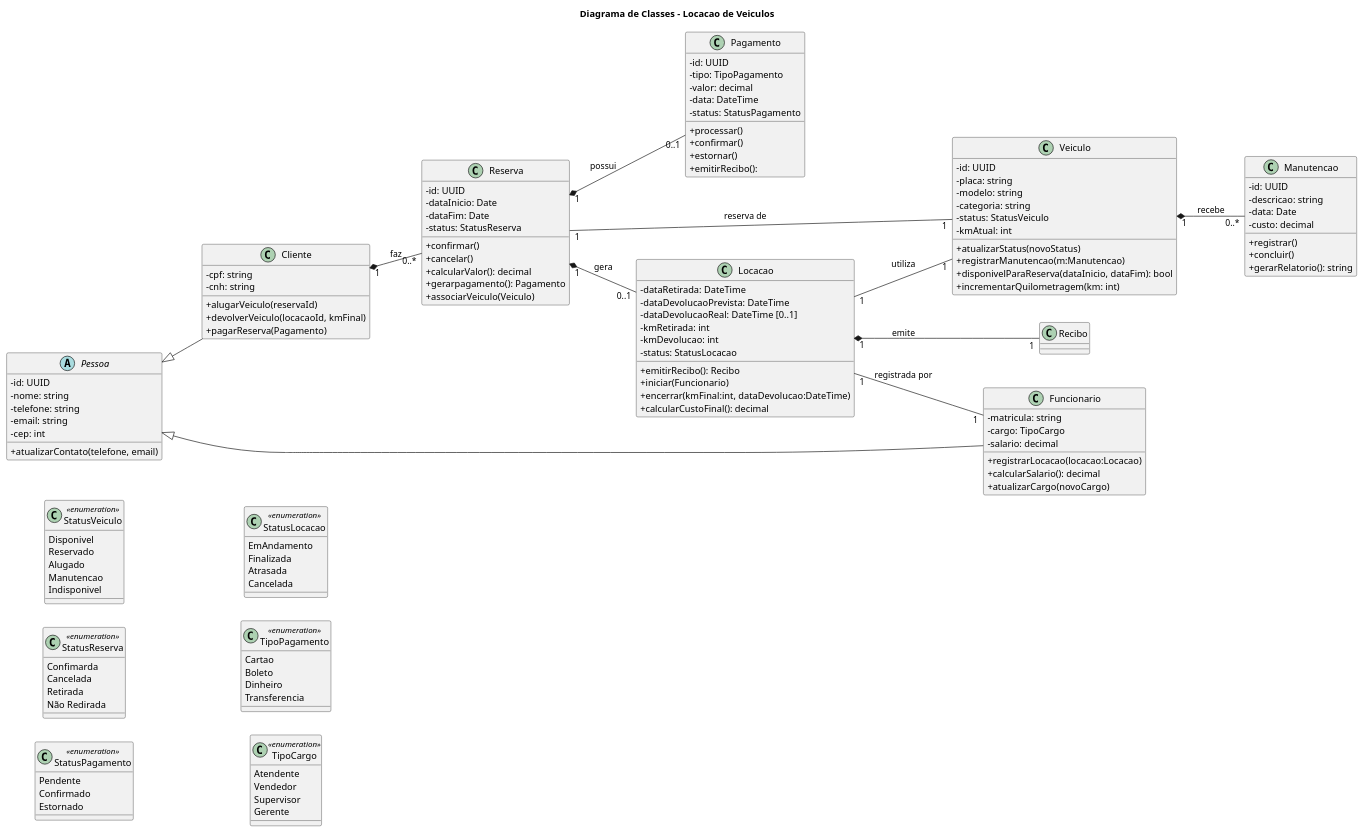
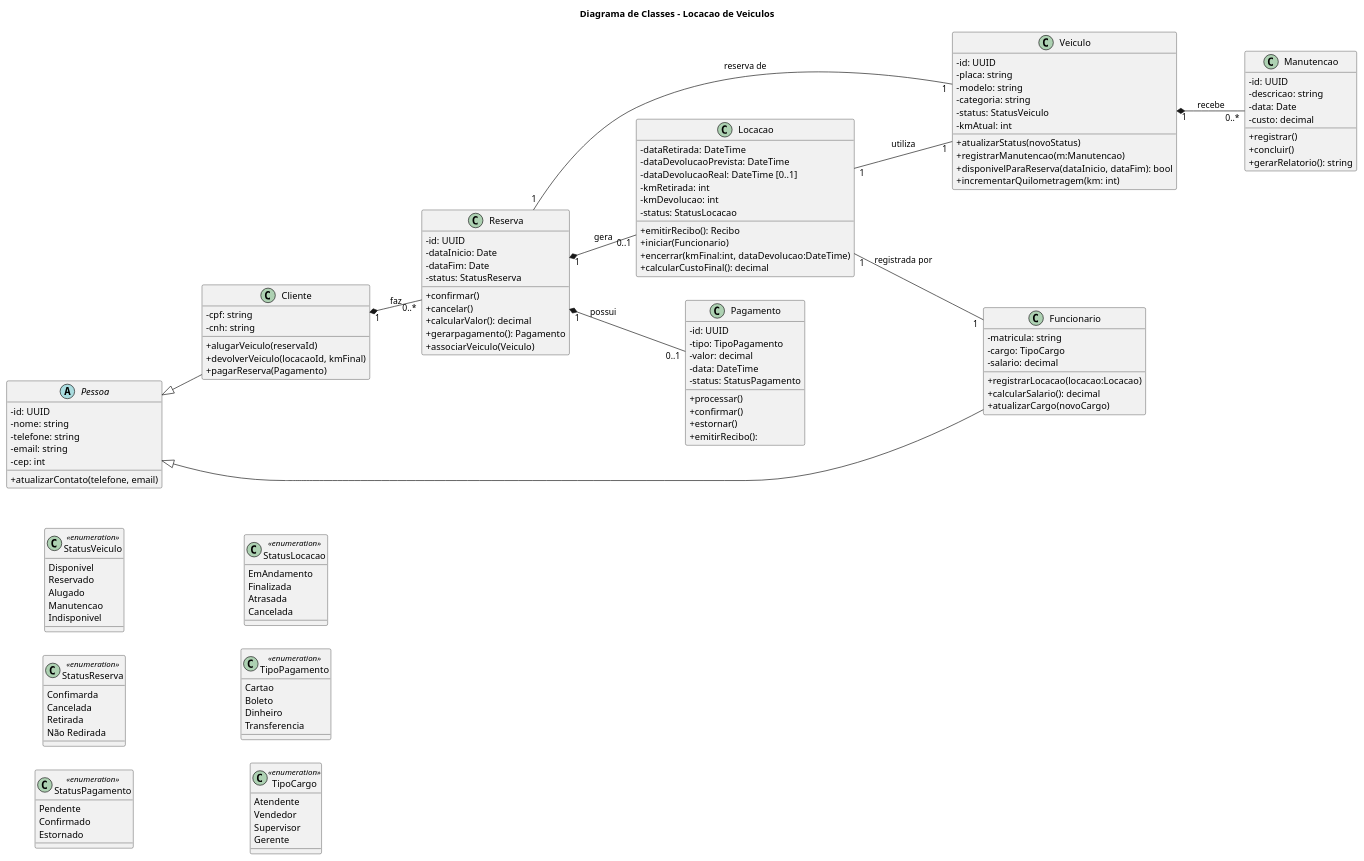
Before and after one commit to sinval-jr/ufg_locadora: the diagram in docs/Locacao.plantuml, drawn with PlantUML.

```diff
--- a/docs/Locacao.plantuml
+++ b/docs/Locacao.plantuml
@@ -1,174 +1,173 @@
 @startuml Diagrama de Classes - Locacao de Veiculos
 title Diagrama de Classes - Locacao de Veiculos
 
 '========================
 'FORMATAÇÃO
 '========================
 'Se quiser que ela vá da esquerda pra direita na imagem final só tirar os ' '
 left to right direction
 'Pra ficar com + e - na imagem ao invés de quadrados'
 skinparam classAttributeIconSize 0 
 
 '========================
 ' ENUMS
 '========================
 
 class StatusVeiculo <<enumeration>> {
   Disponivel
   Reservado
   Alugado
   Manutencao
   Indisponivel
 }
 
 class StatusReserva <<enumeration>> {
   Confimarda
   Cancelada
   Retirada 
   Não Redirada
 }
 
 class StatusPagamento <<enumeration>> {
   Pendente
   Confirmado
   Estornado
 }
 
 class StatusLocacao <<enumeration>> {
   EmAndamento
   Finalizada
   Atrasada
   Cancelada
 }
 
 class TipoPagamento <<enumeration>> {
   Cartao
   Boleto
   Dinheiro
   Transferencia
 }
 
 class TipoCargo <<enumeration>> {
   Atendente
   Vendedor
   Supervisor
   Gerente
 }
 
 '========================
 ' SUPERCLASSES
 '========================
 abstract class Pessoa {
   - id: UUID
   - nome: string
   - telefone: string
   - email: string
   - cep: int
   + atualizarContato(telefone, email)
 }
 
 '========================
 ' CLASSES
 '========================
 class Cliente {
   - cpf: string
   - cnh: string
   + alugarVeiculo(reservaId)
   + devolverVeiculo(locacaoId, kmFinal)
   + pagarReserva(Pagamento)
 }
 
 class Funcionario {
   - matricula: string
   - cargo: TipoCargo
   - salario: decimal
   + registrarLocacao(locacao:Locacao)
   + calcularSalario(): decimal
   + atualizarCargo(novoCargo)
 }
 
 class Veiculo {
   - id: UUID
   - placa: string
   - modelo: string
   - categoria: string
   - status: StatusVeiculo
   - kmAtual: int
   + atualizarStatus(novoStatus)
   + registrarManutencao(m:Manutencao)
   + disponivelParaReserva(dataInicio, dataFim): bool
   + incrementarQuilometragem(km: int)
 }
 
 class Reserva {
   - id: UUID
   - dataInicio: Date
   - dataFim: Date
   - status: StatusReserva
   + confirmar()
   + cancelar()
   + calcularValor(): decimal
   + gerarpagamento(): Pagamento
   + associarVeiculo(Veiculo)
 }
 
 class Locacao {
   - dataRetirada: DateTime
   - dataDevolucaoPrevista: DateTime
   - dataDevolucaoReal: DateTime [0..1]
   - kmRetirada: int
   - kmDevolucao: int 
   - status: StatusLocacao
   + emitirRecibo(): Recibo
   + iniciar(Funcionario)
   + encerrar(kmFinal:int, dataDevolucao:DateTime)
   + calcularCustoFinal(): decimal
 }
 
 class Pagamento {
   - id: UUID
   - tipo: TipoPagamento
   - valor: decimal
   - data: DateTime
   - status: StatusPagamento
   + processar()
   + confirmar()
   + estornar()
   + emitirRecibo():
 }
 
 class Manutencao {
   - id: UUID
   - descricao: string
   - data: Date
   - custo: decimal
   + registrar()
   + concluir()
   + gerarRelatorio(): string
 }
 
 '========================
 ' HERANÇAS
 '========================
 Pessoa <|-- Cliente
 Pessoa <|-- Funcionario
 
 '========================
 ' COMPOSIÇÕES
 '========================
 Cliente "1" *-- "0..*" Reserva : faz
 Reserva "1" *-- "0..1" Pagamento : possui
 Reserva "1" *-- "0..1" Locacao : gera
 Veiculo "1" *-- "0..*" Manutencao : recebe 
-Locacao "1" *-- "1" Recibo: emite
 
 
 '========================
 ' ASSOCIAÇÕES
 '========================
 Reserva "1" -- "1" Veiculo : reserva de
 Locacao "1" -- "1" Funcionario : registrada por
 Locacao "1" -- "1" Veiculo : utiliza
 
 'ALT + D"
 @enduml
```
